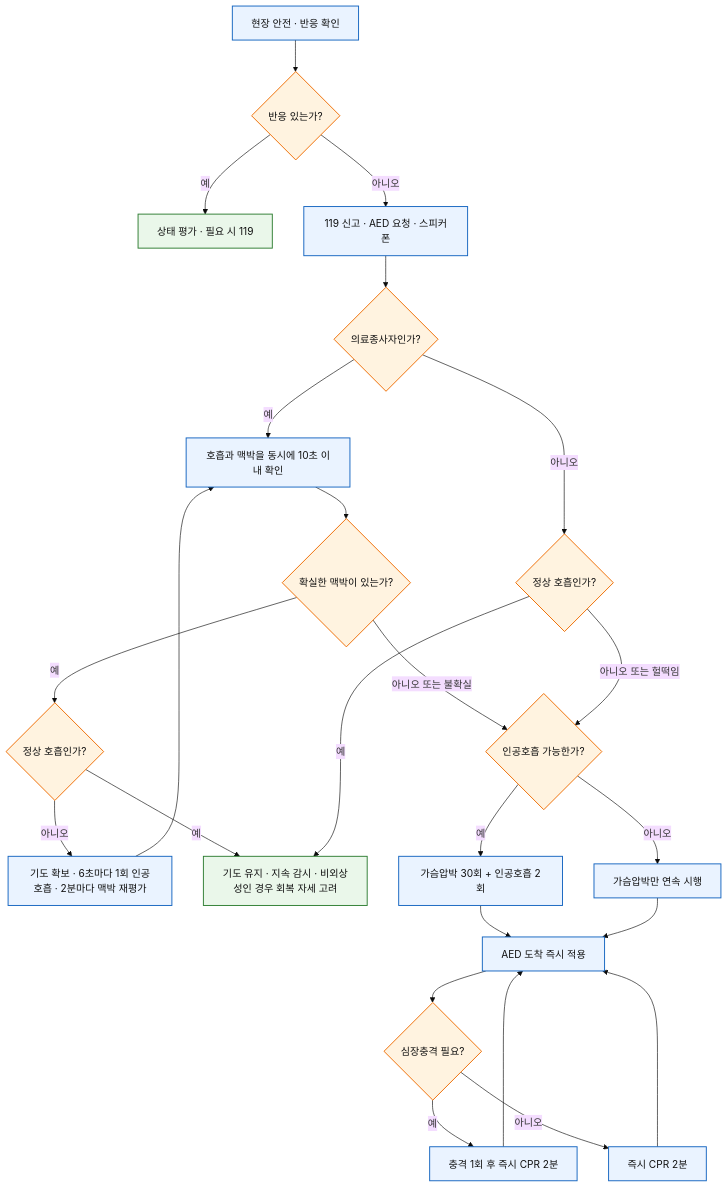
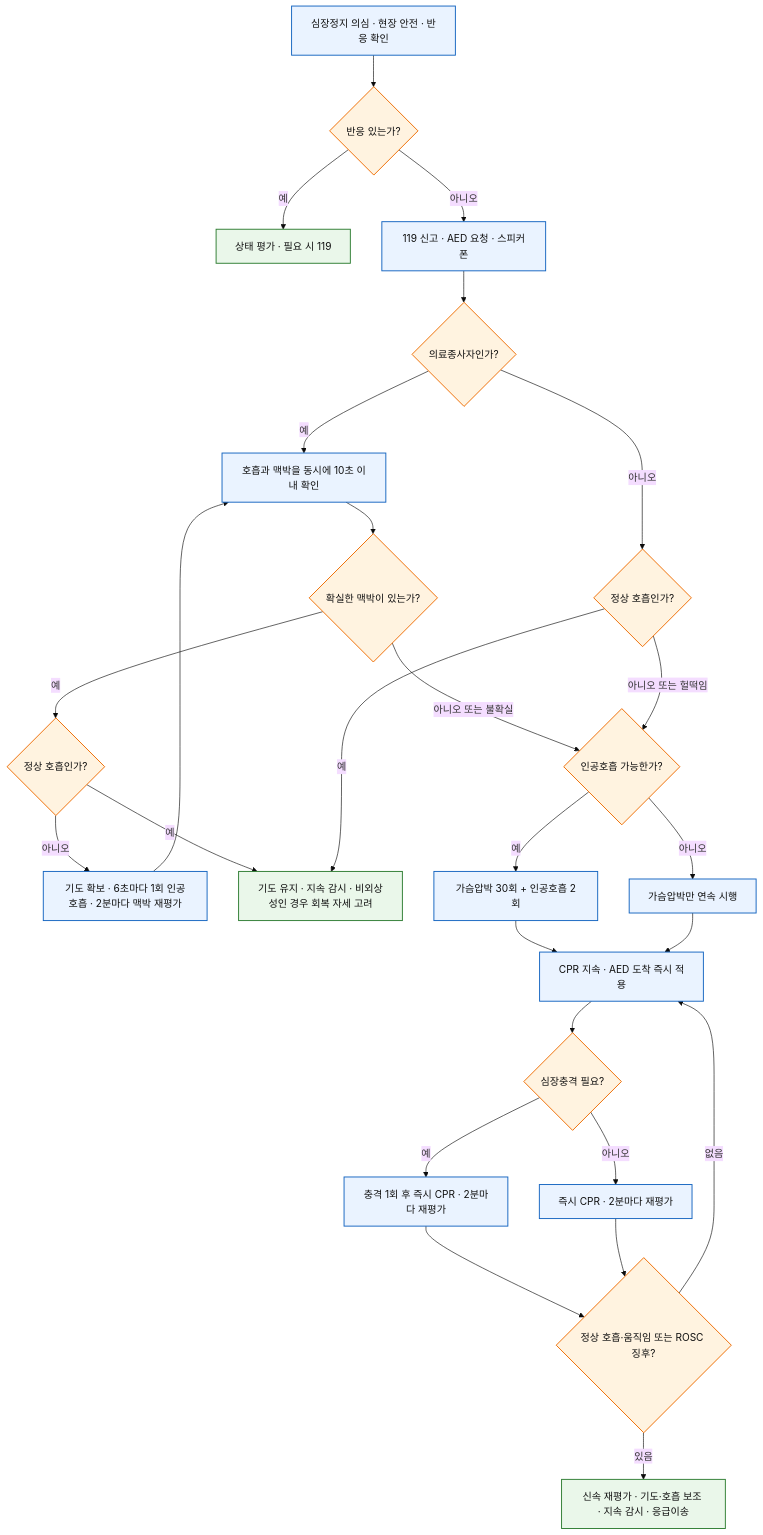
Before and after one commit to familyoh77/familyoh77: the first of 2 diagrams in 231_/211_1-cpr.md, drawn with Mermaid (base theme). The commit also changed other lines of this file and 9 other files, not shown here.

````diff
--- a/231_/211_1-cpr.md
+++ b/231_/211_1-cpr.md
@@ -68,32 +76,34 @@
 ```mermaid
 flowchart TD
-    A["현장 안전 · 반응 확인"] --> B{"반응 있는가?"}
+    A["심장정지 의심 · 현장 안전 · 반응 확인"] --> B{"반응 있는가?"}
     B -->|예| C["상태 평가 · 필요 시 119"]
     B -->|아니오| D["119 신고 · AED 요청 · 스피커폰"]
     D --> E{"의료종사자인가?"}
     E -->|예| M["호흡과 맥박을 동시에 10초 이내 확인"]
     M --> P{"확실한 맥박이 있는가?"}
     P -->|아니오 또는 불확실| G{"인공호흡 가능한가?"}
     P -->|예| R{"정상 호흡인가?"}
     R -->|아니오| V["기도 확보 · 6초마다 1회 인공호흡 · 2분마다 맥박 재평가"]
     V --> M
     R -->|예| F["기도 유지 · 지속 감시 · 비외상성인 경우 회복 자세 고려"]
     E -->|아니오| N{"정상 호흡인가?"}
     N -->|예| F
     N -->|아니오 또는 헐떡임| G
     G -->|예| G1["가슴압박 30회 + 인공호흡 2회"]
     G -->|아니오| G2["가슴압박만 연속 시행"]
-    G1 --> H["AED 도착 즉시 적용"]
+    G1 --> H["CPR 지속 · AED 도착 즉시 적용"]
     G2 --> H
     H --> I{"심장충격 필요?"}
-    I -->|예| J["충격 1회 후 즉시 CPR 2분"]
-    I -->|아니오| K["즉시 CPR 2분"]
-    J --> H
-    K --> H
+    I -->|예| J["충격 1회 후 즉시 CPR · 2분마다 재평가"]
+    I -->|아니오| K["즉시 CPR · 2분마다 재평가"]
+    J --> L{"정상 호흡·움직임 또는 ROSC 징후?"}
+    K --> L
+    L -->|없음| H
+    L -->|있음| O["신속 재평가 · 기도·호흡 보조 · 지속 감시 · 응급이송"]
     classDef action fill:#EAF3FF,stroke:#1565C0,color:#111,stroke-width:1.5px;
     classDef decision fill:#FFF3E0,stroke:#EF6C00,color:#111,stroke-width:1.5px;
     classDef disposition fill:#EAF7EA,stroke:#2E7D32,color:#111,stroke-width:1.5px;
     class A,D,M,V,G1,G2,H,J,K action;
-    class B,E,P,R,N,G,I decision;
-    class C,F disposition;
+    class B,E,P,R,N,G,I,L decision;
+    class C,F,O disposition;
 ```
````
